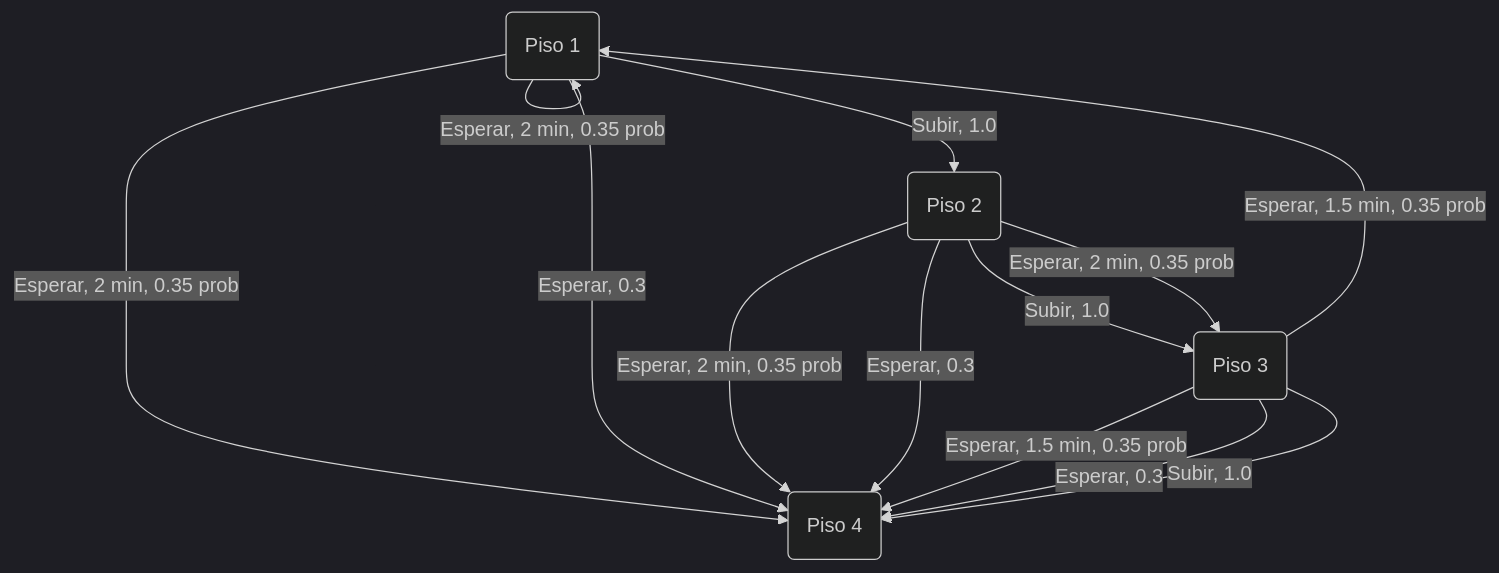
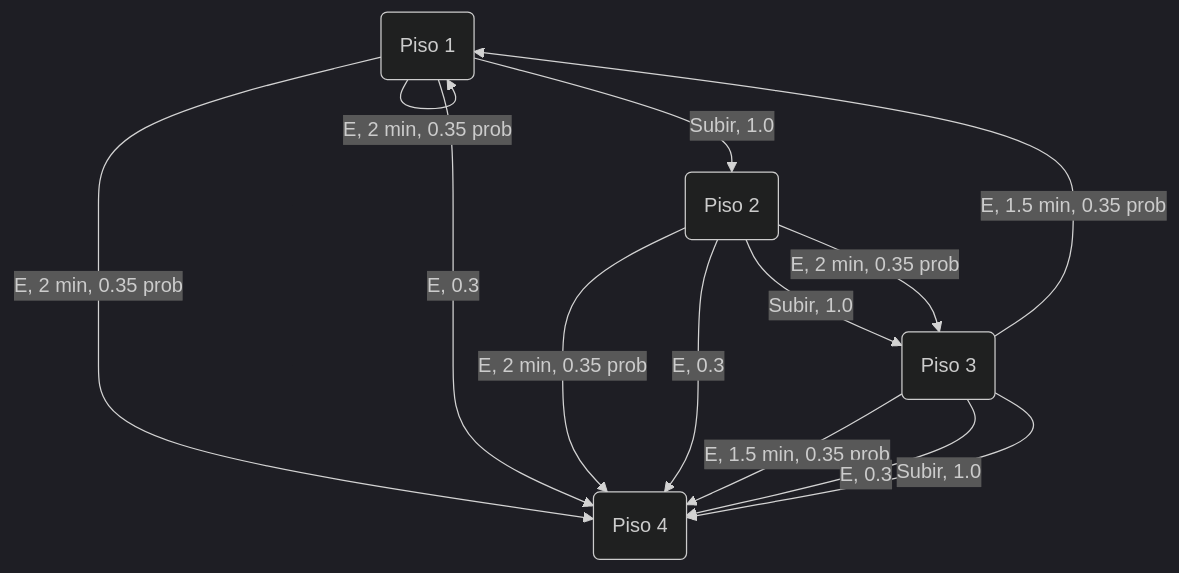
The second of 2 diagrams in Agentes inteligentes/Practico/MDP y Programación dinámica/Escaleras mágicas.md (BRJoaquin/ia-obsidian), drawn with Mermaid (dark theme) before and after one commit. The commit also changed other lines of this file, not shown here.

Commit message:
vault backup: 2023-04-09 20:32:48

````diff
--- a/Agentes inteligentes/Practico/MDP y Programación dinámica/Escaleras mágicas.md
+++ b/Agentes inteligentes/Practico/MDP y Programación dinámica/Escaleras mágicas.md
@@ -89,15 +89,15 @@
 ```mermaid
 graph TD
     A(Piso 1) -->|Subir, 1.0| B(Piso 2)
-    A -->|Esperar, 2 min, 0.35 prob| A
-    A -->|Esperar, 2 min, 0.35 prob| D[Piso 4]
-    A -->|Esperar, 0.3| D(Piso 4)
+    A -->|E, 2 min, 0.35 prob| A
+    A -->|E, 2 min, 0.35 prob| D[Piso 4]
+    A -->|E, 0.3| D(Piso 4)
     B -->|Subir, 1.0| C(Piso 3)
-    B -->|Esperar, 2 min, 0.35 prob| C
-    B -->|Esperar, 2 min, 0.35 prob| D
-    B -->|Esperar, 0.3| D
-    C -->|Esperar, 1.5 min, 0.35 prob| A
-    C -->|Esperar, 1.5 min, 0.35 prob| D
-    C -->|Esperar, 0.3| D
+    B -->|E, 2 min, 0.35 prob| C
+    B -->|E, 2 min, 0.35 prob| D
+    B -->|E, 0.3| D
+    C -->|E, 1.5 min, 0.35 prob| A
+    C -->|E, 1.5 min, 0.35 prob| D
+    C -->|E, 0.3| D
     C -->|Subir, 1.0| D
 ```
````
